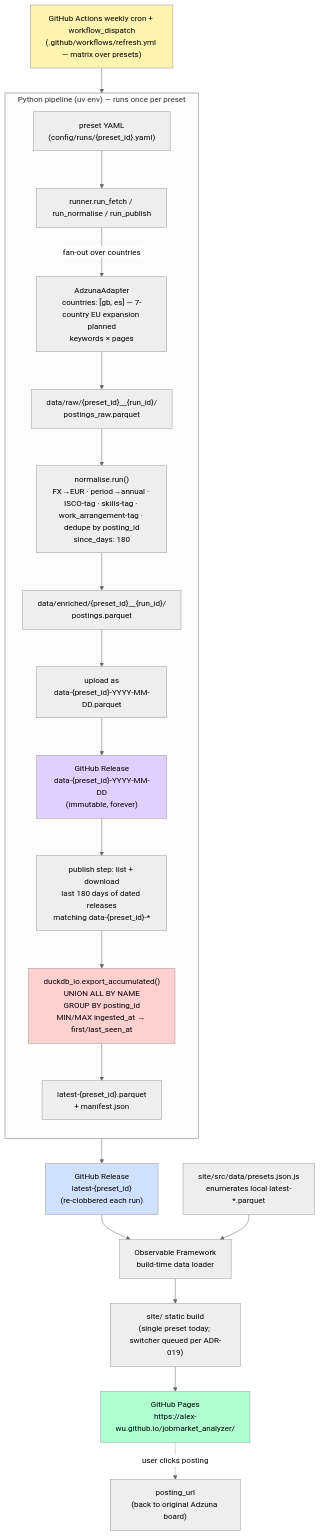
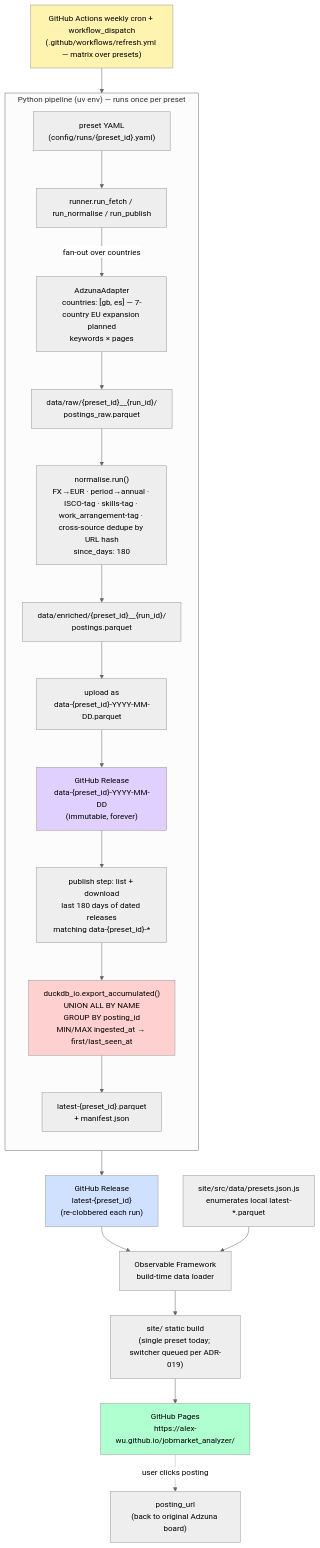
The diagram in docs/architecture.md (alex-wu/jobmarket_analyzer), drawn with Mermaid (neutral theme) before and after one commit. The commit also changed other lines of this file and 20 other files, not shown here.

````diff
--- a/docs/architecture.md
+++ b/docs/architecture.md
@@ -7,31 +7,31 @@
 ```mermaid
 flowchart TD
     cron["GitHub Actions weekly cron + workflow_dispatch<br/>(.github/workflows/refresh.yml — matrix over presets)"] --> runner
 
     subgraph pipeline["Python pipeline (uv env) — runs once per preset"]
         direction TB
         preset["preset YAML<br/>(config/runs/{preset_id}.yaml)"] --> runner["runner.run_fetch / run_normalise / run_publish"]
         runner -->|fan-out over countries| adzuna["AdzunaAdapter<br/>countries: [gb, es] — 7-country EU expansion planned<br/>keywords × pages"]
         adzuna --> raw["data/raw/{preset_id}__{run_id}/<br/>postings_raw.parquet"]
-        raw --> normalise["normalise.run()<br/>FX→EUR · period→annual · ISCO-tag · skills-tag · work_arrangement-tag · dedupe by posting_id<br/>since_days: 180"]
+        raw --> normalise["normalise.run()<br/>FX→EUR · period→annual · ISCO-tag · skills-tag · work_arrangement-tag · cross-source dedupe by URL hash<br/>since_days: 180"]
         normalise --> enriched["data/enriched/{preset_id}__{run_id}/<br/>postings.parquet"]
         enriched --> archive_upload["upload as<br/>data-{preset_id}-YYYY-MM-DD.parquet"]
         archive_upload --> dated_release["GitHub Release<br/>data-{preset_id}-YYYY-MM-DD<br/>(immutable, forever)"]
         dated_release --> accum_download["publish step: list + download<br/>last 180 days of dated releases<br/>matching data-{preset_id}-*"]
         accum_download --> accumulate["duckdb_io.export_accumulated()<br/>UNION ALL BY NAME<br/>GROUP BY posting_id<br/>MIN/MAX ingested_at → first/last_seen_at"]
         accumulate --> latest_artifact["latest-{preset_id}.parquet<br/>+ manifest.json"]
     end
 
     latest_artifact --> latest_release["GitHub Release<br/>latest-{preset_id}<br/>(re-clobbered each run)"]
     latest_release --> loader["Observable Framework<br/>build-time data loader"]
     presets_manifest["site/src/data/presets.json.js<br/>enumerates local latest-*.parquet"] --> loader
     loader --> site["site/ static build<br/>(single preset today; switcher queued per ADR-019)"]
     site --> pages["GitHub Pages<br/>https://alex-wu.github.io/jobmarket_analyzer/"]
     pages -.->|user clicks posting| source_url["posting_url<br/>(back to original Adzuna board)"]
 
     style cron fill:#fff3b0
     style pages fill:#b0ffd0
     style latest_release fill:#d0e0ff
     style dated_release fill:#e0d0ff
     style accumulate fill:#ffd0d0
 ```
````
